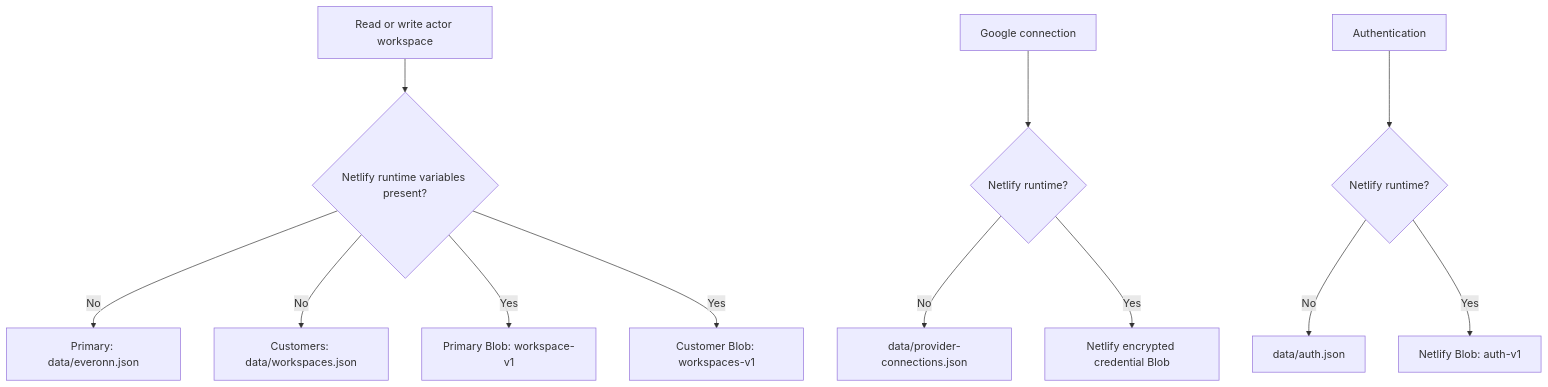
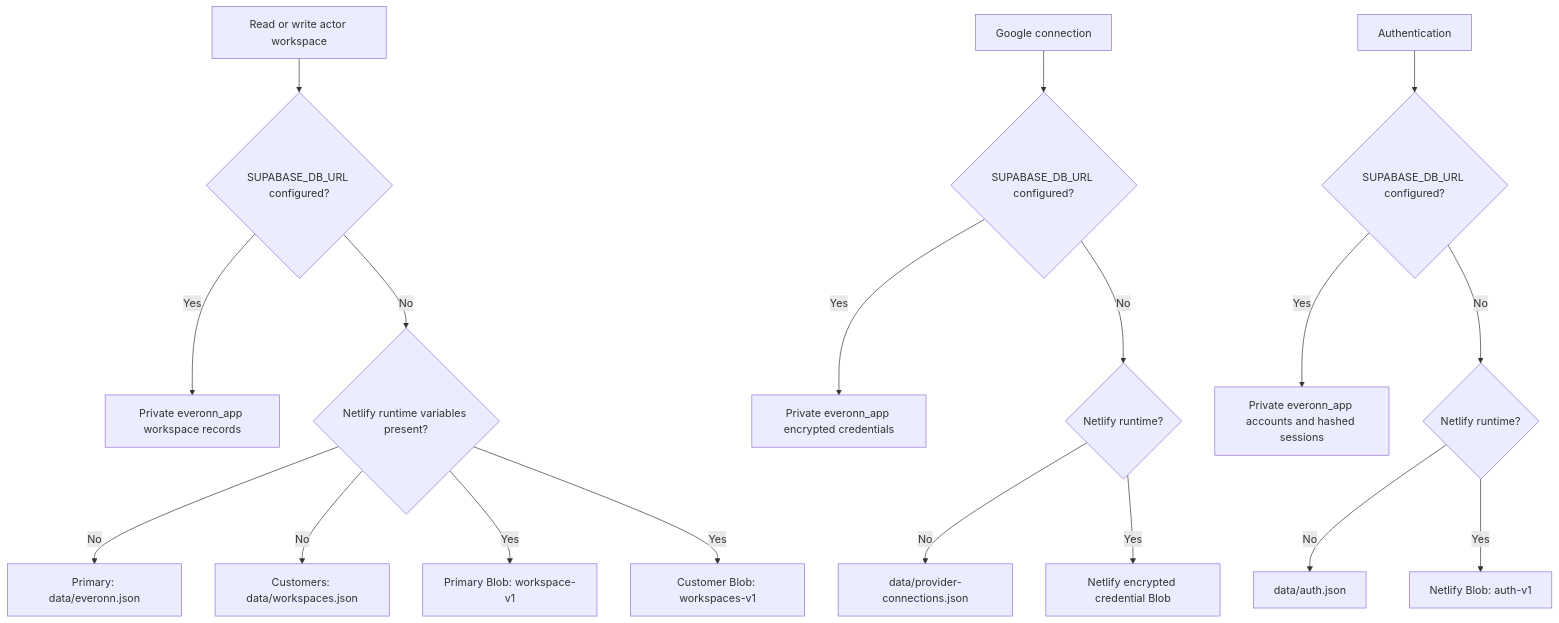
The third of 9 diagrams in PROJECT_DATA_FLOW.md (tinitiateprime/everonnai), drawn with Mermaid before and after one commit. The commit also changed other lines of this file and 18 other files, not shown here.

Commit message:
fix: persist accounts and workspaces in private Supabase schema

````diff
--- a/PROJECT_DATA_FLOW.md
+++ b/PROJECT_DATA_FLOW.md
@@ -102,14 +102,20 @@
 ```mermaid
 flowchart TD
-  Request[Read or write actor workspace] --> Runtime{Netlify runtime variables present?}
+  Request[Read or write actor workspace] --> Database{SUPABASE_DB_URL configured?}
+  Database -- Yes --> AppDB[Private everonn_app workspace records]
+  Database -- No --> Runtime{Netlify runtime variables present?}
   Runtime -- No --> PrimaryFile[Primary: data/everonn.json]
   Runtime -- No --> CustomerFile[Customers: data/workspaces.json]
   Runtime -- Yes --> PrimaryBlob[Primary Blob: workspace-v1]
   Runtime -- Yes --> CustomerBlob[Customer Blob: workspaces-v1]
-  Google[Google connection] --> CredRuntime{Netlify runtime?}
+  Google[Google connection] --> CredDB{SUPABASE_DB_URL configured?}
+  CredDB -- Yes --> EncryptedDB[Private everonn_app encrypted credentials]
+  CredDB -- No --> CredRuntime{Netlify runtime?}
   CredRuntime -- No --> EncryptedFile[data/provider-connections.json]
   CredRuntime -- Yes --> EncryptedBlob[Netlify encrypted credential Blob]
-  Auth[Authentication] --> AuthRuntime{Netlify runtime?}
+  Auth[Authentication] --> AuthDB{SUPABASE_DB_URL configured?}
+  AuthDB -- Yes --> AccountsDB[Private everonn_app accounts and hashed sessions]
+  AuthDB -- No --> AuthRuntime{Netlify runtime?}
   AuthRuntime -- No --> AuthFile[data/auth.json]
   AuthRuntime -- Yes --> AuthBlob[Netlify Blob: auth-v1]
 ```
````
